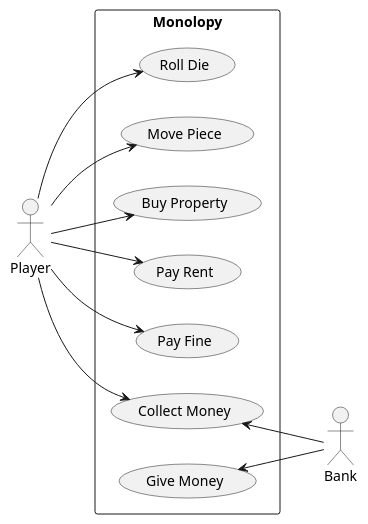
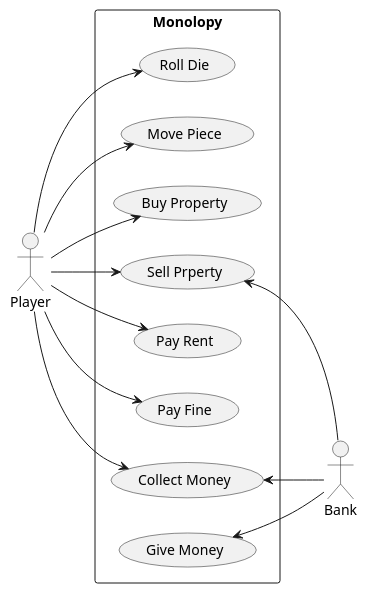
One commit to CDIO-gruppe-13/CDIO-del.-3 changed the diagram in diagrams/use_case_diagram.wsd. Above: the diagram before and after it, drawn with PlantUML. The commit also changed 2 other files, not shown here.

Commit message:
Added Sell Porperty as usecase

```diff
--- a/diagrams/use_case_diagram.wsd
+++ b/diagrams/use_case_diagram.wsd
@@ -1,23 +1,26 @@
 @startuml use_case_diagram
 left to right direction
 actor "Player" as P
 actor "Bank" as B
 
 rectangle Monolopy {
     usecase "Roll Die" as rd
     usecase "Move Piece" as mp
     usecase "Buy Property" as bp
+    usecase "Sell Prperty" as sp
     usecase "Pay Rent" as pr
     usecase "Pay Fine" as pf
     usecase "Collect Money" as cm
     usecase "Give Money" as gm
 }
 P --> rd
 P --> mp
 P --> bp
+P --> sp
 P --> pr
 P --> pf
 P --> cm
 cm <-- B
 gm <-- B
+sp <-- B
 @enduml
```
